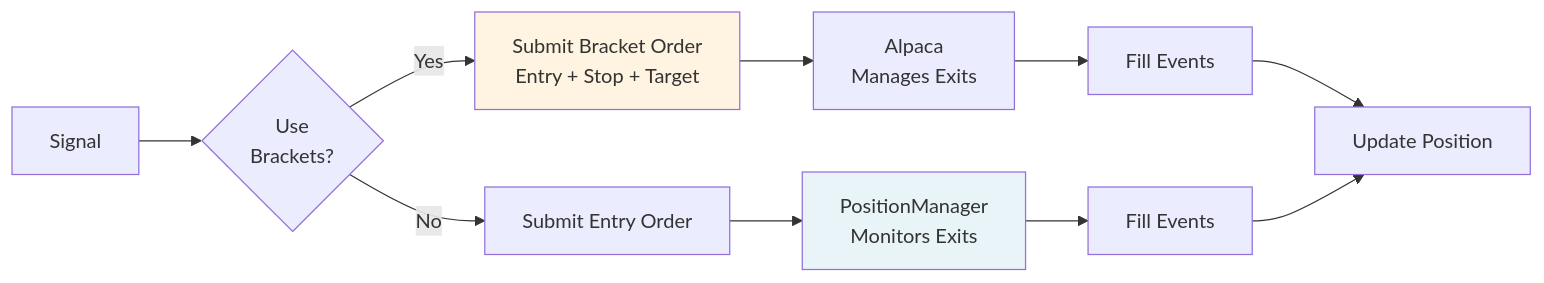
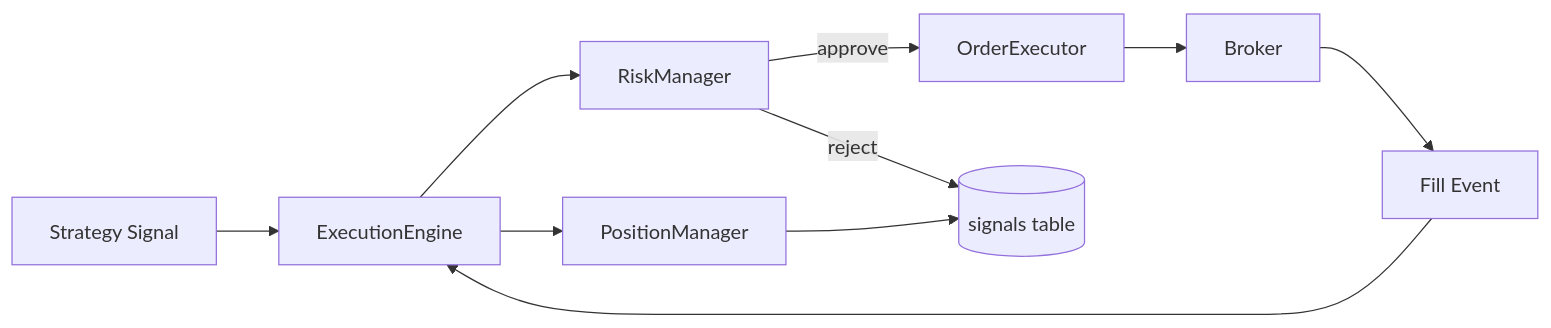
One commit to JasperDale420/Cerberus changed the diagram in docs/order_flow.md. Above: the diagram before and after it, drawn with Mermaid. The commit also changed other lines of this file and 11 other files, not shown here.

````diff
--- a/docs/order_flow.md
+++ b/docs/order_flow.md
@@ -310,20 +7,12 @@
 ```mermaid
 flowchart LR
-    Signal --> Decision{Use<br/>Brackets?}
-    Decision -->|Yes| Bracket[Submit Bracket Order<br/>Entry + Stop + Target]
-    Decision -->|No| Entry[Submit Entry Order]
-    
-    Bracket --> AlpacaB[Alpaca<br/>Manages Exits]
-    Entry --> Local[PositionManager<br/>Monitors Exits]
-    
-    AlpacaB --> FillB[Fill Events]
-    Local --> FillL[Fill Events]
-    
-    FillB --> Update
-    FillL --> Update
-    
-    Update[Update Position]
-    
-    style Bracket fill:#fff4e1
-    style Local fill:#e8f4f8
+  S[Strategy Signal] --> E[ExecutionEngine]
+  E --> R[RiskManager]
+  R -->|approve| O[OrderExecutor]
+  R -->|reject| DB[(signals table)]
+  O --> B[Broker]
+  B --> F[Fill Event]
+  F --> E
+  E --> P[PositionManager]
+  P --> DB
 ```
````
